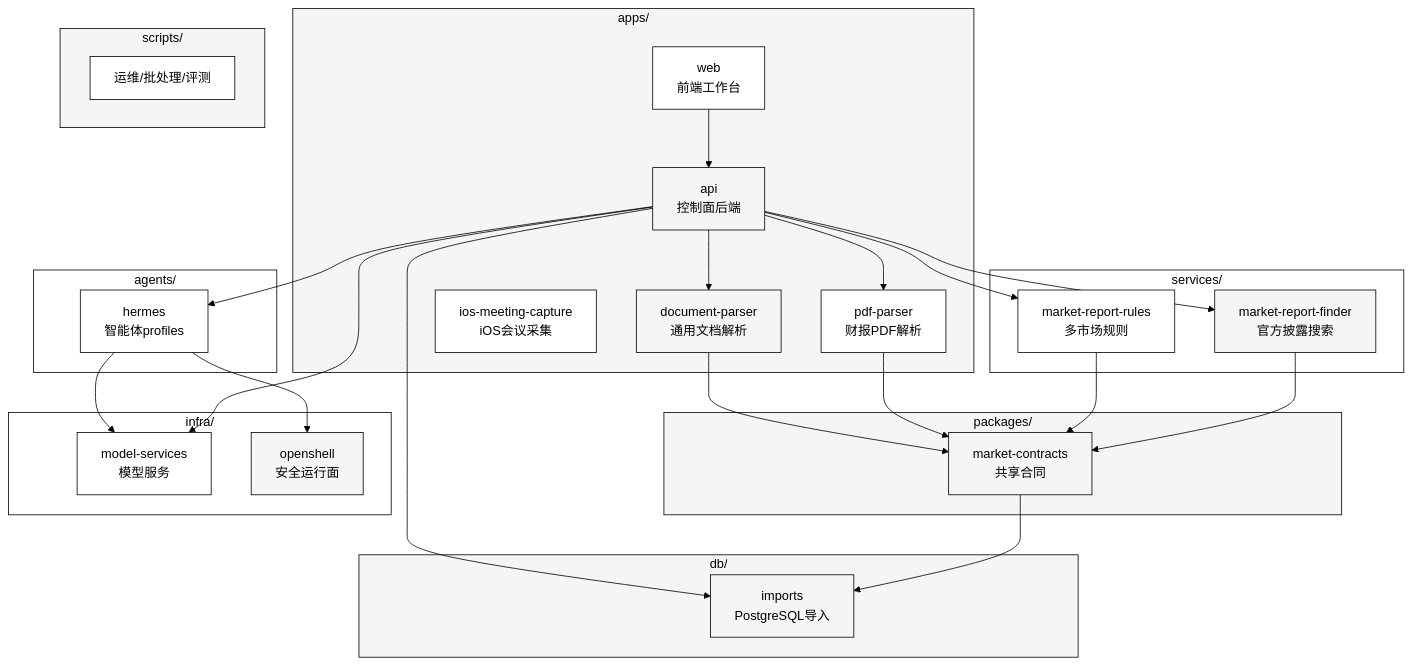
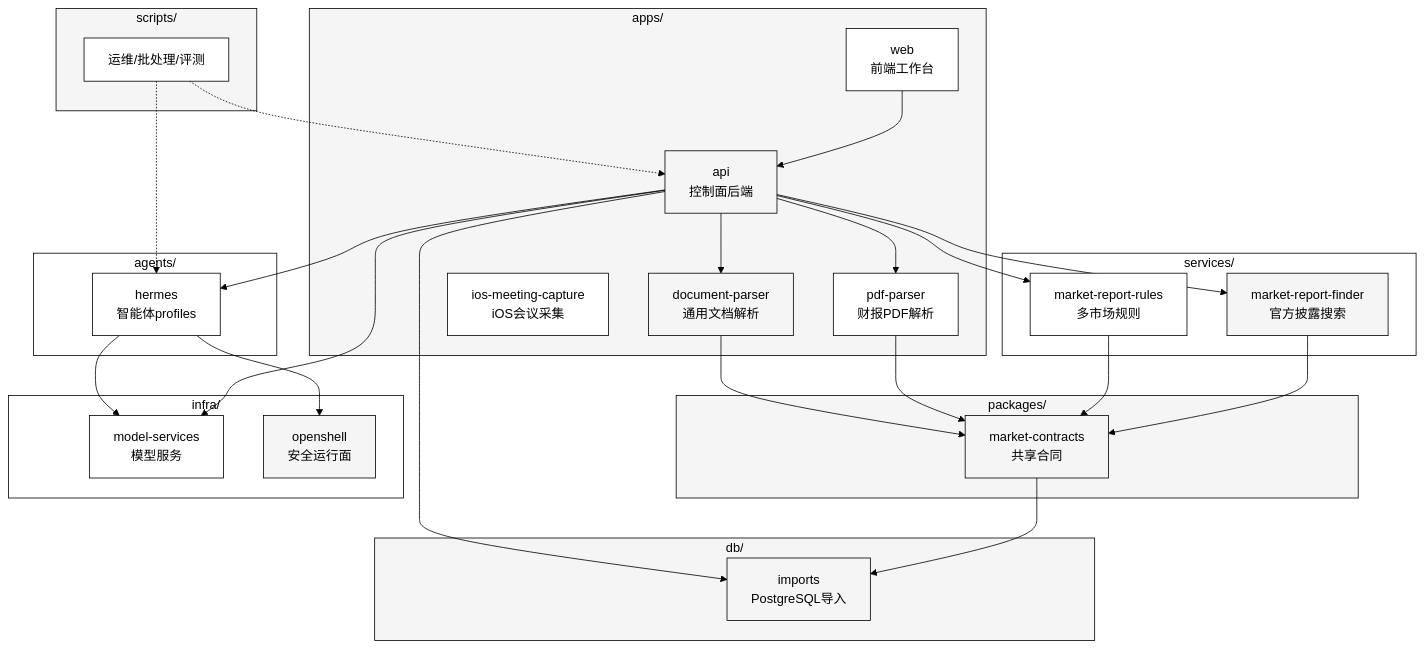
Before and after one commit to maoyadongsh/siq-research-engine: the diagram in docs/site/architecture/modules.md, drawn with Mermaid (forest theme). The commit also changed 7 other files, not shown here.

````diff
--- a/docs/site/architecture/modules.md
+++ b/docs/site/architecture/modules.md
@@ -3,69 +3,71 @@
 ```mermaid
 graph TB
     subgraph Apps["apps/"]
         Web["web<br/>前端工作台"]
         API["api<br/>控制面后端"]
         PdfParser["pdf-parser<br/>财报PDF解析"]
         DocParser["document-parser<br/>通用文档解析"]
         IosCapture["ios-meeting-capture<br/>iOS会议采集"]
     end
 
     subgraph Services["services/"]
         Finder["market-report-finder<br/>官方披露搜索"]
         Rules["market-report-rules<br/>多市场规则"]
     end
 
     subgraph Packages["packages/"]
         Contracts["market-contracts<br/>共享合同"]
     end
 
     subgraph Agents["agents/"]
         Hermes["hermes<br/>智能体profiles"]
     end
 
     subgraph Db["db/"]
         Imports["imports<br/>PostgreSQL导入"]
     end
 
     subgraph Infra["infra/"]
         ModelServices["model-services<br/>模型服务"]
         OpenShell["openshell<br/>安全运行面"]
     end
 
     subgraph Scripts["scripts/"]
         Ops["运维/批处理/评测"]
     end
 
     Web --> API
     API --> PdfParser & DocParser
     API --> Finder & Rules
     Finder & Rules --> Contracts
     PdfParser & DocParser --> Contracts
     API --> Hermes
     Hermes --> OpenShell
     Contracts --> Imports
     API --> Imports
+    Ops -.-> API
+    Ops -.-> Hermes
     API --> ModelServices
     Hermes --> ModelServices
 
     style Apps fill:#f5f5f5,stroke:#000,color:#000
     style Services fill:#fff,stroke:#000,color:#000
     style Packages fill:#f5f5f5,stroke:#000,color:#000
     style Agents fill:#fff,stroke:#000,color:#000
     style Db fill:#f5f5f5,stroke:#000,color:#000
     style Infra fill:#fff,stroke:#000,color:#000
     style Scripts fill:#f5f5f5,stroke:#000,color:#000
     style Web fill:#fff,stroke:#000,color:#000
     style API fill:#f5f5f5,stroke:#000,color:#000
     style PdfParser fill:#fff,stroke:#000,color:#000
     style DocParser fill:#f5f5f5,stroke:#000,color:#000
     style IosCapture fill:#fff,stroke:#000,color:#000
     style Finder fill:#f5f5f5,stroke:#000,color:#000
     style Rules fill:#fff,stroke:#000,color:#000
     style Contracts fill:#f5f5f5,stroke:#000,color:#000
     style Hermes fill:#fff,stroke:#000,color:#000
     style Imports fill:#f5f5f5,stroke:#000,color:#000
     style ModelServices fill:#fff,stroke:#000,color:#000
     style OpenShell fill:#f5f5f5,stroke:#000,color:#000
     style Ops fill:#fff,stroke:#000,color:#000
 ```
````
